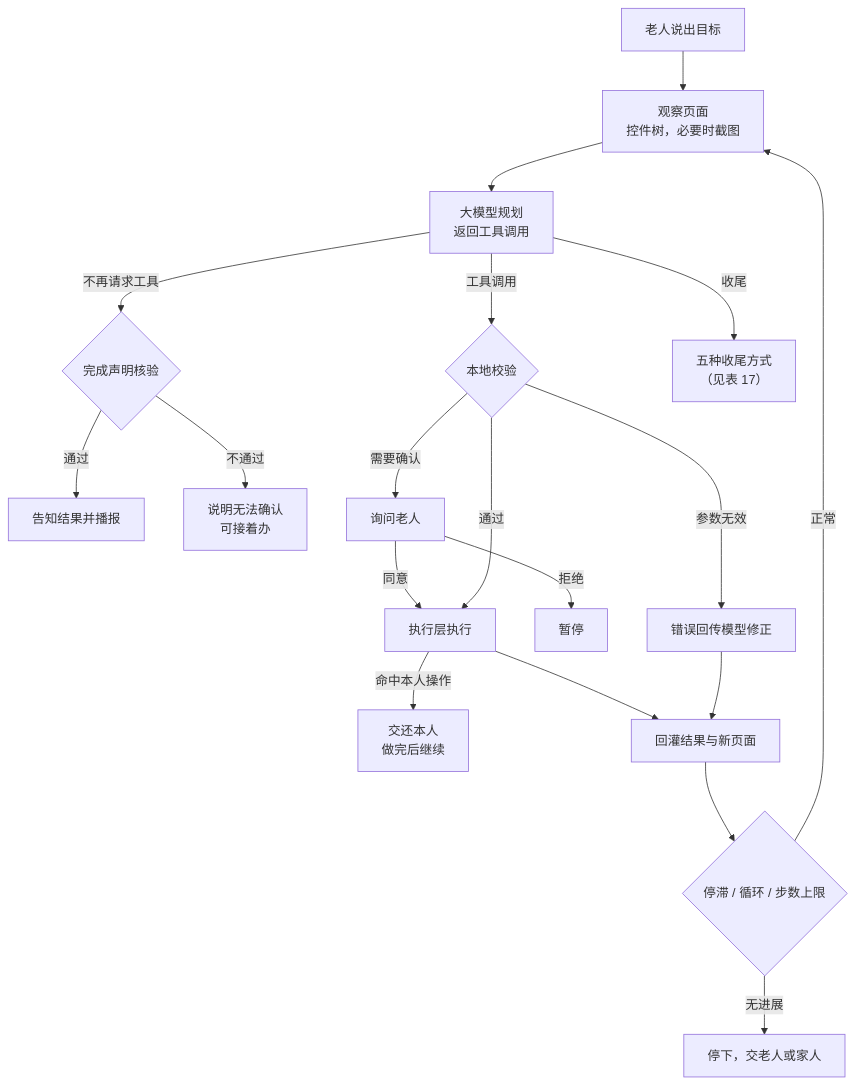
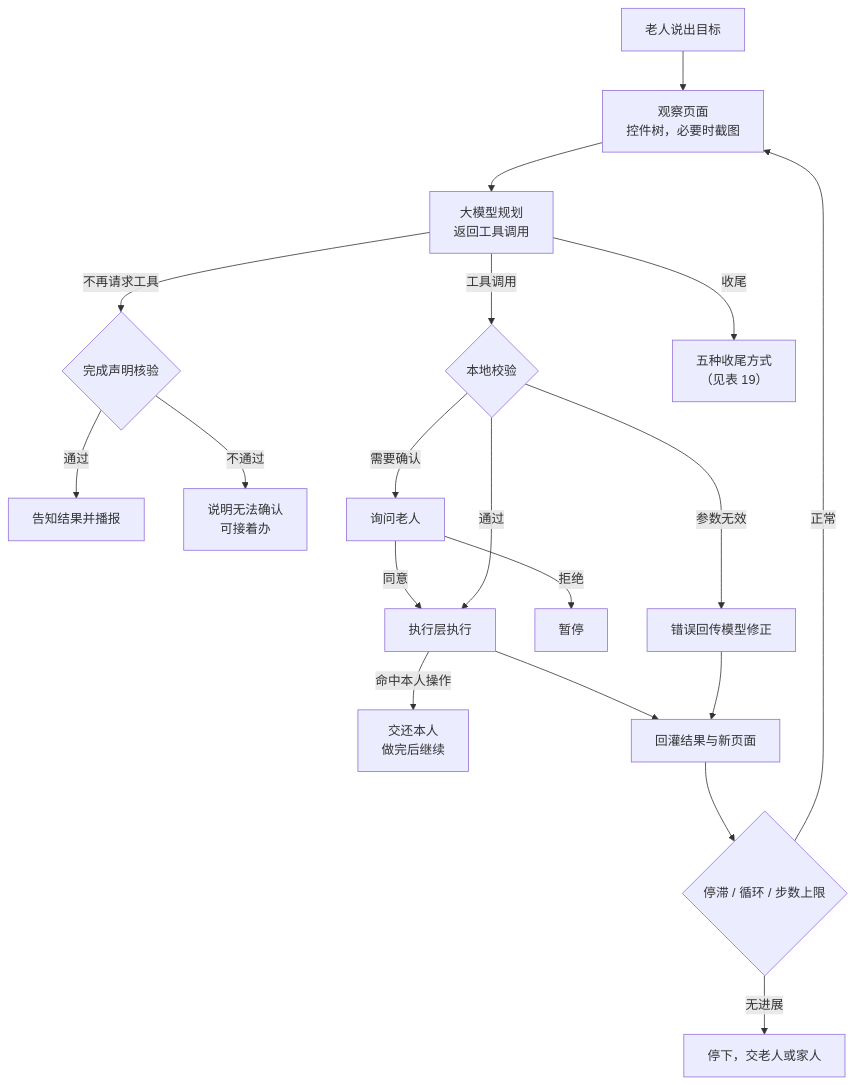
The tenth of 13 diagrams in docs/aic-2026/作品方案-定稿.md (lhxll07/elder-harness), drawn with Mermaid before and after one commit. The commit also changed other lines of this file and 73 other files, not shown here.

````diff
--- a/docs/aic-2026/作品方案-定稿.md
+++ b/docs/aic-2026/作品方案-定稿.md
@@ -576,21 +682,21 @@
 ```mermaid
 flowchart TD
   A[老人说出目标] --> B[观察页面<br/>控件树，必要时截图]
   B --> C[大模型规划<br/>返回工具调用]
   C -->|不再请求工具| D{完成声明核验}
   D -->|通过| E[告知结果并播报]
   D -->|不通过| F[说明无法确认<br/>可接着办]
   C -->|工具调用| G{本地校验}
   G -->|参数无效| H[错误回传模型修正]
   G -->|需要确认| I[询问老人]
   I -->|拒绝| J[暂停]
   I -->|同意| K[执行层执行]
   G -->|通过| K
   K -->|命中本人操作| L[交还本人<br/>做完后继续]
   K --> M[回灌结果与新页面]
   H --> M
   M --> N{停滞 / 循环 / 步数上限}
   N -->|正常| B
   N -->|无进展| O[停下，交老人或家人]
-  C -->|"收尾"| Z["五种收尾方式<br/>（见表 17）"]
+  C -->|"收尾"| Z["五种收尾方式<br/>（见表 19）"]
 ```
````
